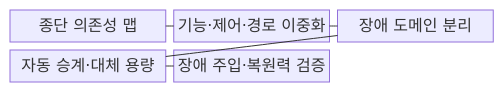
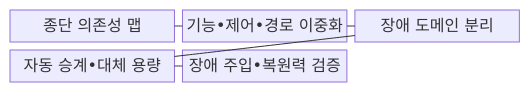
The first of 2 diagrams in src/content/docs/notes/06-evaluation/018_spof_elimination.md (agnusdei1207/knowledge-base), drawn with Mermaid before and after one commit. The commit also changed other lines of this file and 953 other files, not shown here.

````diff
--- a/src/content/docs/notes/06-evaluation/018_spof_elimination.md
+++ b/src/content/docs/notes/06-evaluation/018_spof_elimination.md
@@ -66,13 +66,13 @@
 ```mermaid
 block-beta
   columns 3
   A["종단 의존성 맵"]
-  B["기능·제어·경로 이중화"]
+  B["기능•제어•경로 이중화"]
   C["장애 도메인 분리"]
-  D["자동 승계·대체 용량"]
-  E["장애 주입·복원력 검증"]
+  D["자동 승계•대체 용량"]
+  E["장애 주입•복원력 검증"]
   A --- B
   B --- C
   C --- D
   D --- E
 ```
````
